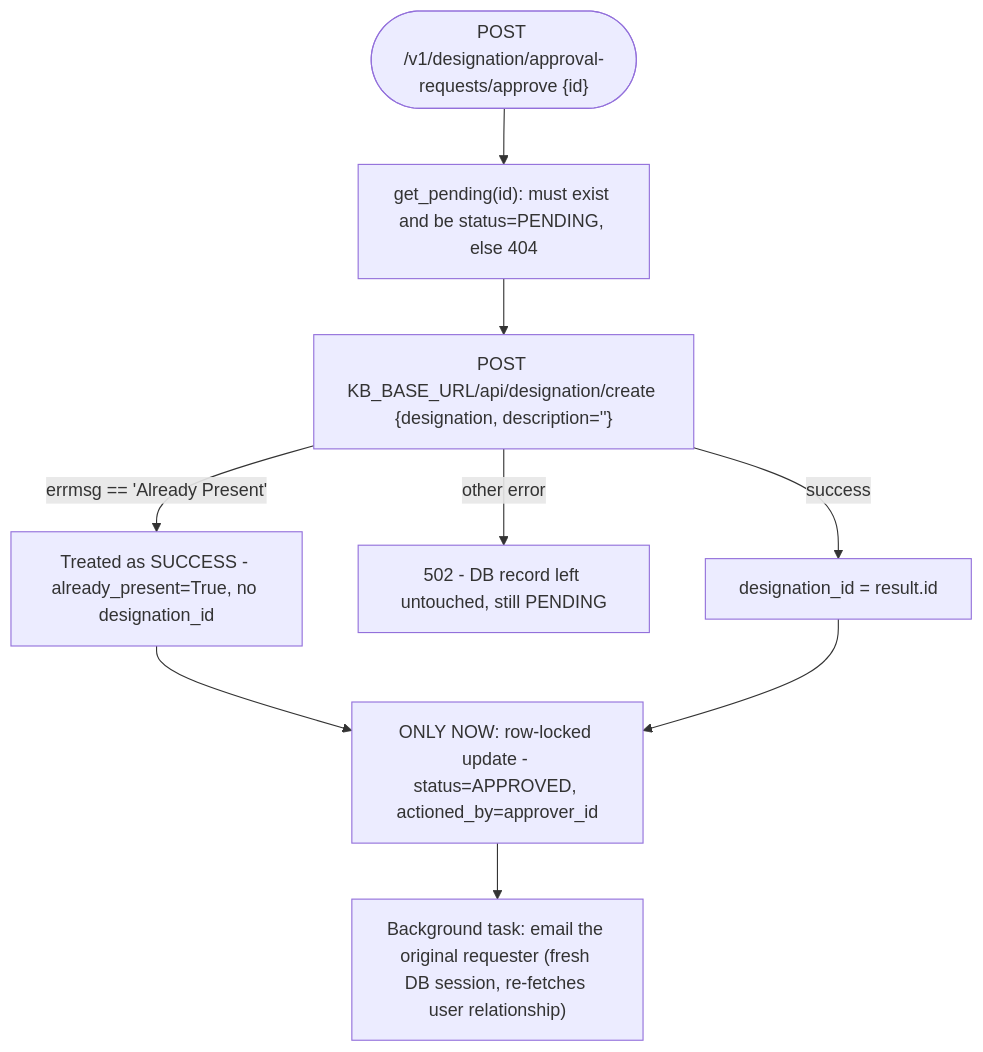
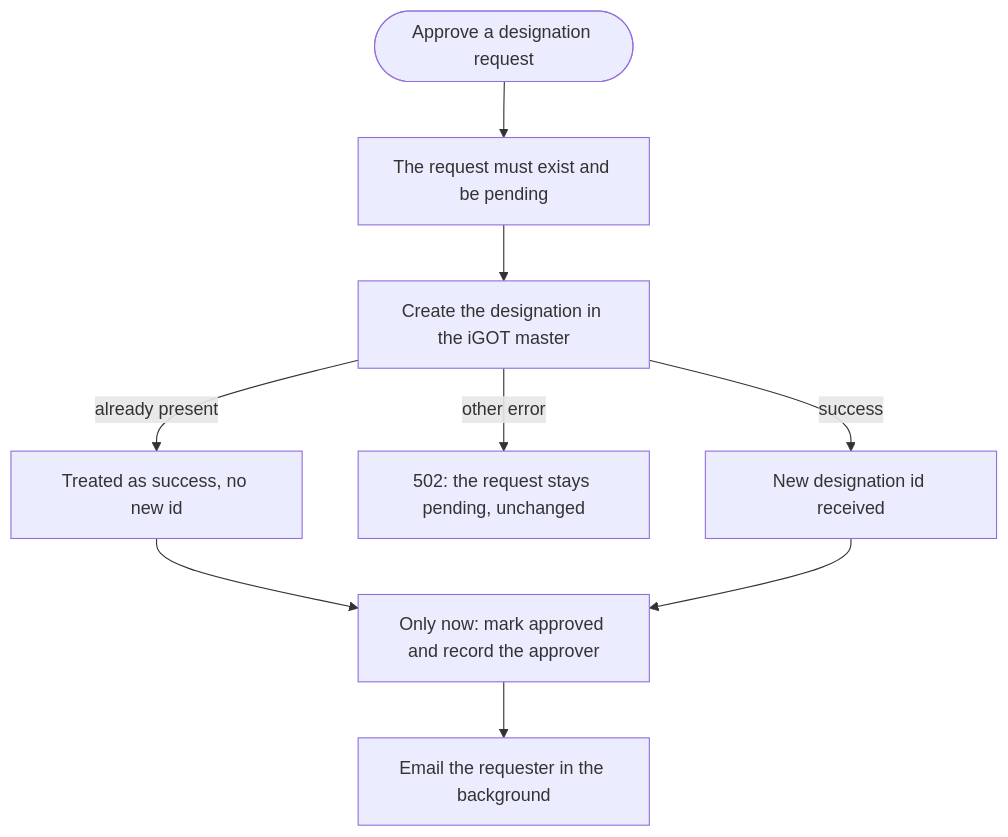
Before and after one commit to KB-iGOT/igot-docs: the eighth of 12 diagrams in docs/learning-hub/ai-cbp-tool/lld.md, drawn with Mermaid. The commit also changed other lines of this file and 18 other files, not shown here.

First line of the commit message:
docs(ai-cbp-tool): restructure the LLD with validation flows and real routes

````diff
--- a/docs/learning-hub/ai-cbp-tool/lld.md
+++ b/docs/learning-hub/ai-cbp-tool/lld.md
@@ -229,11 +619,11 @@
 ```mermaid
 flowchart TD
-    Start(["POST /v1/designation/approval-requests/approve {id}"]) --> Get["get_pending(id): must exist and be status=PENDING, else 404"]
-    Get --> IGOTCall["POST KB_BASE_URL/api/designation/create {designation, description=''}"]
-    IGOTCall -->|"errmsg == 'Already Present'"| AlreadyOk["Treated as SUCCESS - already_present=True, no designation_id"]
-    IGOTCall -->|other error| Fail502["502 - DB record left untouched, still PENDING"]
-    IGOTCall -->|success| NewId["designation_id = result.id"]
+    Start(["Approve a designation request"]) --> Get["The request must exist and be pending"]
+    Get --> IGOTCall["Create the designation in the iGOT master"]
+    IGOTCall -->|already present| AlreadyOk["Treated as success, no new id"]
+    IGOTCall -->|other error| Fail502["502: the request stays pending, unchanged"]
+    IGOTCall -->|success| NewId["New designation id received"]
     AlreadyOk --> DbWrite
-    NewId --> DbWrite["ONLY NOW: row-locked update - status=APPROVED, actioned_by=approver_id"]
-    DbWrite --> Email["Background task: email the original requester (fresh DB session, re-fetches user relationship)"]
+    NewId --> DbWrite["Only now: mark approved and record the approver"]
+    DbWrite --> Email["Email the requester in the background"]
 ```
````
